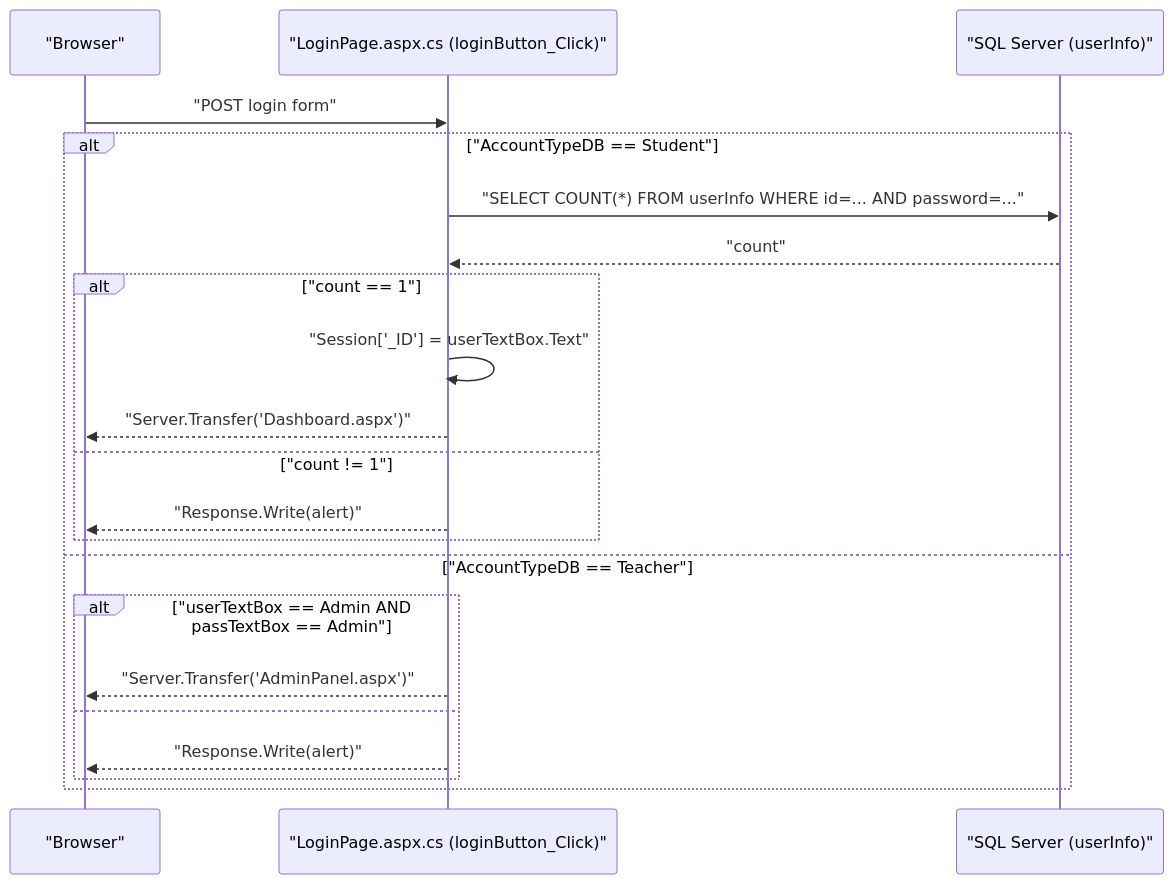
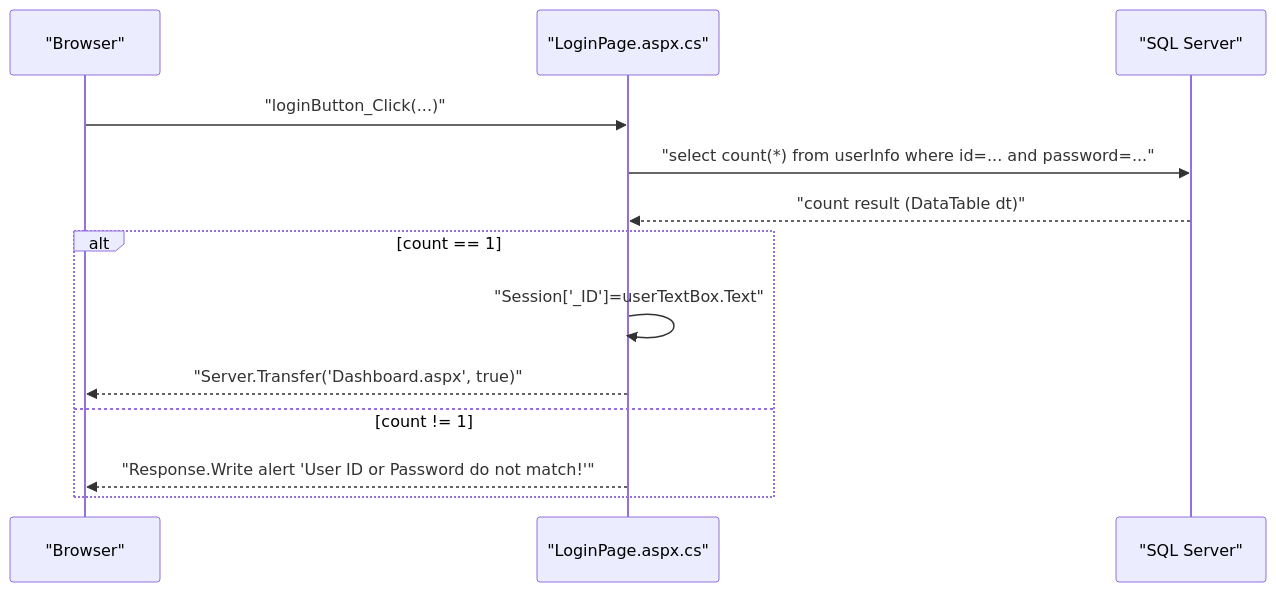
One commit to kavia-common/Online-Examination-System-7216 changed the fourth of 11 diagrams in REPOSITORY_CODE_DOCUMENTATION.md. Above: the diagram before and after it, drawn with Mermaid. The commit also changed other lines of this file and 3 other files, not shown here.

````diff
--- a/REPOSITORY_CODE_DOCUMENTATION.md
+++ b/REPOSITORY_CODE_DOCUMENTATION.md
@@ -482,24 +222,16 @@
 ```mermaid
 sequenceDiagram
-  participant Browser as "Browser"
-  participant Login as "LoginPage.aspx.cs (loginButton_Click)"
-  participant DB as "SQL Server (userInfo)"
+  participant B as "Browser"
+  participant L as "LoginPage.aspx.cs"
+  participant DB as "SQL Server"
 
-  Browser->>Login: "POST login form"
-  alt "AccountTypeDB == Student"
-    Login->>DB: "SELECT COUNT(*) FROM userInfo WHERE id=... AND password=..."
-    DB-->>Login: "count"
-    alt "count == 1"
-      Login->>Login: "Session['_ID'] = userTextBox.Text"
-      Login-->>Browser: "Server.Transfer('Dashboard.aspx')"
-    else "count != 1"
-      Login-->>Browser: "Response.Write(alert)"
-    end
-  else "AccountTypeDB == Teacher"
-    alt "userTextBox == Admin AND passTextBox == Admin"
-      Login-->>Browser: "Server.Transfer('AdminPanel.aspx')"
-    else
-      Login-->>Browser: "Response.Write(alert)"
-    end
+  B->>L: "loginButton_Click(...)"
+  L->>DB: "select count(*) from userInfo where id=... and password=..."
+  DB-->>L: "count result (DataTable dt)"
+  alt count == 1
+    L->>L: "Session['_ID']=userTextBox.Text"
+    L-->>B: "Server.Transfer('Dashboard.aspx', true)"
+  else count != 1
+    L-->>B: "Response.Write alert 'User ID or Password do not match!'"
   end
 ```
````
